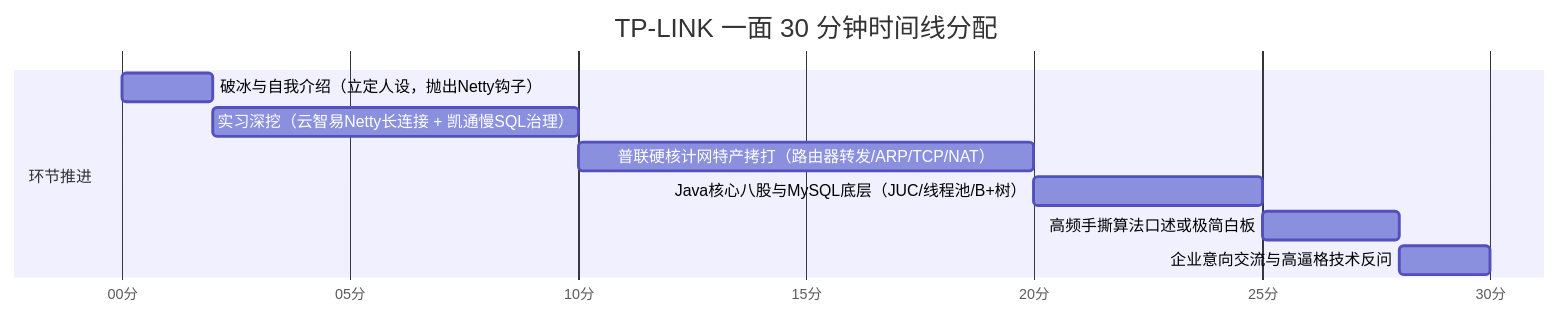
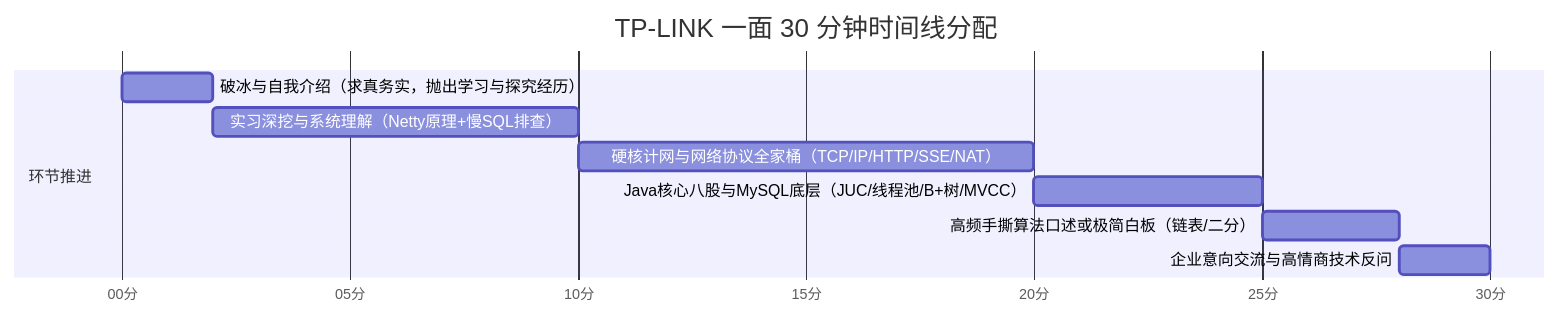
One commit to scutmmq/huangtian-goods changed the diagram in docs/study/TPLINK软件研发工程师一面通关宝典.md. Above: the diagram before and after it, drawn with Mermaid. The commit also changed other lines of this file, not shown here.

Commit message:
docs: 全面扩充Netty保姆级基础与网络协议全家桶（TCP/IP/HTTP/HTTPS/SSE/WebSocket系统深度精讲）

````diff
--- a/docs/study/TPLINK软件研发工程师一面通关宝典.md
+++ b/docs/study/TPLINK软件研发工程师一面通关宝典.md
@@ -49,14 +60,14 @@
 ```mermaid
 gantt
     title TP-LINK 一面 30 分钟时间线分配
     dateFormat  m
     axisFormat %M分
 
     section 环节推进
-    破冰与自我介绍（立定人设，抛出Netty钩子）   :a1, 0, 2m
-    实习深挖（云智易Netty长连接 + 凯通慢SQL治理）  :a2, after a1, 8m
-    普联硬核计网特产拷打（路由器转发/ARP/TCP/NAT） :a3, after a2, 10m
-    Java核心八股与MySQL底层（JUC/线程池/B+树）    :a4, after a3, 5m
-    高频手撕算法口述或极简白板                     :a5, after a4, 3m
-    企业意向交流与高逼格技术反问                   :a6, after a5, 2m
+    破冰与自我介绍（求真务实，抛出学习与探究经历）:a1, 0, 2m
+    实习深挖与系统理解（Netty原理+慢SQL排查）      :a2, after a1, 8m
+    硬核计网与网络协议全家桶（TCP/IP/HTTP/SSE/NAT） :a3, after a2, 10m
+    Java核心八股与MySQL底层（JUC/线程池/B+树/MVCC）  :a4, after a3, 5m
+    高频手撕算法口述或极简白板（链表/二分）         :a5, after a4, 3m
+    企业意向交流与高情商技术反问                   :a6, after a5, 2m
 ```
````
